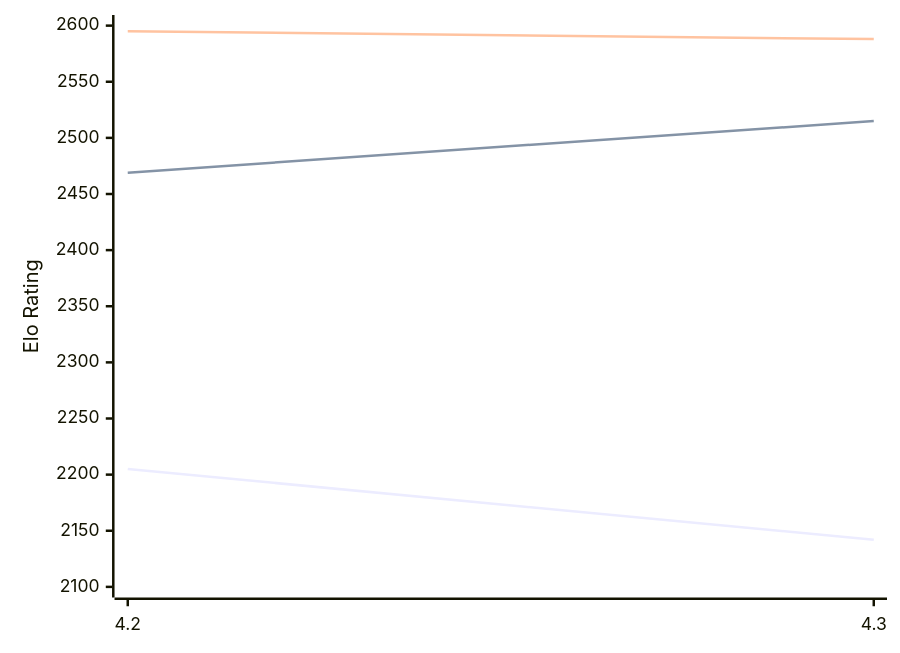
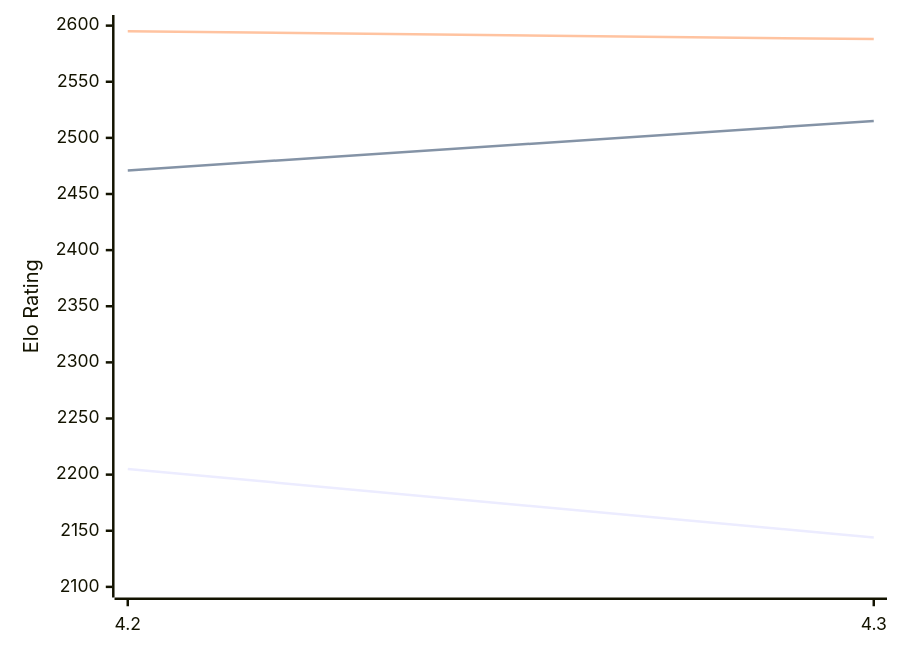
One commit to computer-chess-index/cci changed the diagram in engines/Eubos.md. Above: the diagram before and after it, drawn with Mermaid. The commit also changed other lines of this file, not shown here.

````diff
--- a/engines/Eubos.md
+++ b/engines/Eubos.md
@@ -85,9 +85,9 @@
 ```mermaid
 %%{init: {"theme":"base","themeVariables":{"seriesColors:['#a3a3a3','#222221','#faa371']}}}%%
 xychart-beta
   x-axis ["4.2", "4.3"]
   y-axis "Elo Rating" 2100 --> 2600
-  line "STC (8.0+0.08s)" [2205, 2142]
-  line "LTC (60.0+0.60s)" [2469, 2515]
+  line "STC (8.0+0.08s)" [2205, 2144]
+  line "LTC (60.0+0.60s)" [2471, 2515]
   line "VLTC (2m24s+1.12s)" [2595, 2588]
 ```
````
